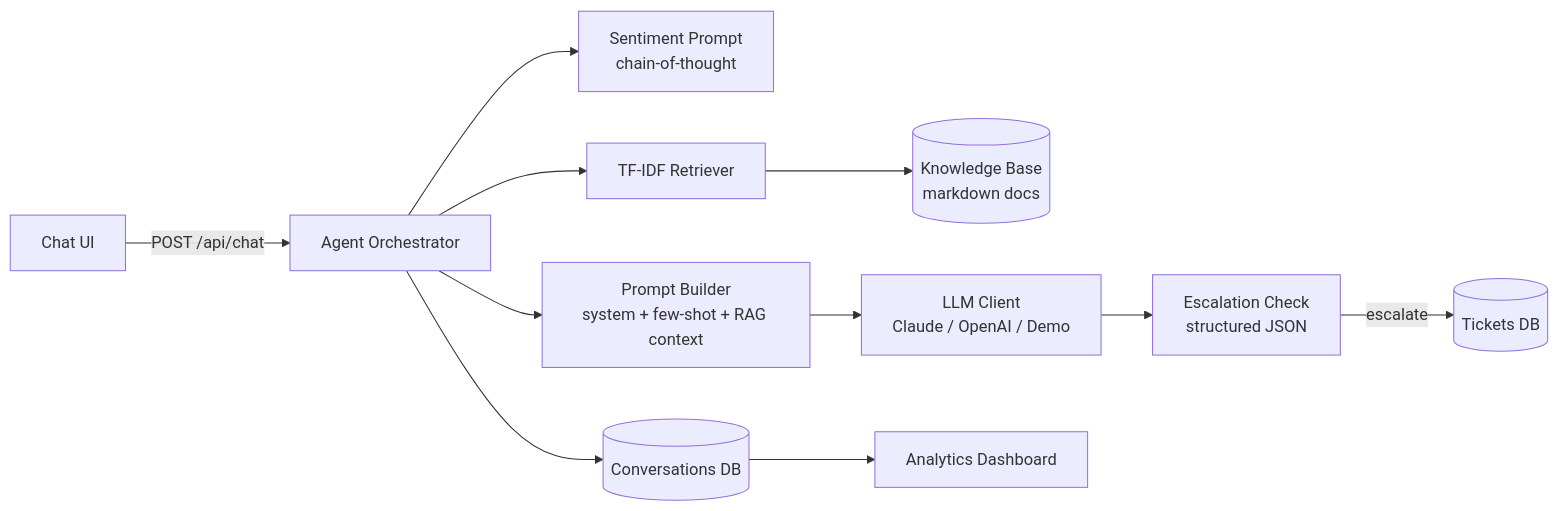
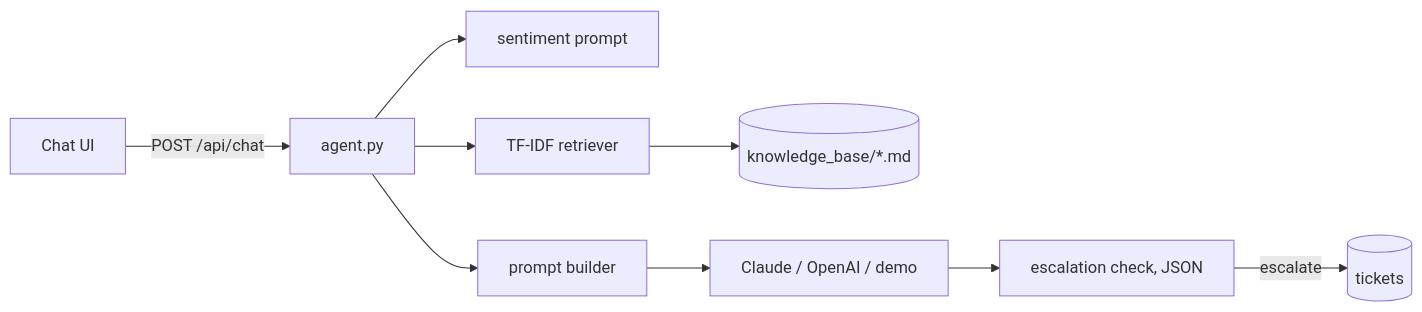
The diagram in README.md (shubhankar360/promptdesk), drawn with Mermaid before and after one commit. The commit also changed other lines of this file, not shown here.

````diff
--- a/README.md
+++ b/README.md
@@ -24,12 +11,10 @@
 ```mermaid
 flowchart LR
-    U[Chat UI] -->|POST /api/chat| A[Agent Orchestrator]
-    A --> S[Sentiment Prompt<br/>chain-of-thought]
-    A --> R[TF-IDF Retriever] --> KB[(Knowledge Base<br/>markdown docs)]
-    A --> P[Prompt Builder<br/>system + few-shot + RAG context]
-    P --> L[LLM Client<br/>Claude / OpenAI / Demo]
-    L --> E[Escalation Check<br/>structured JSON]
-    E -->|escalate| T[(Tickets DB)]
-    A --> DB[(Conversations DB)]
-    DB --> D[Analytics Dashboard]
+    U[Chat UI] -->|POST /api/chat| A[agent.py]
+    A --> S[sentiment prompt]
+    A --> R[TF-IDF retriever] --> KB[(knowledge_base/*.md)]
+    A --> P[prompt builder]
+    P --> L[Claude / OpenAI / demo]
+    L --> E[escalation check, JSON]
+    E -->|escalate| T[(tickets)]
 ```
````
